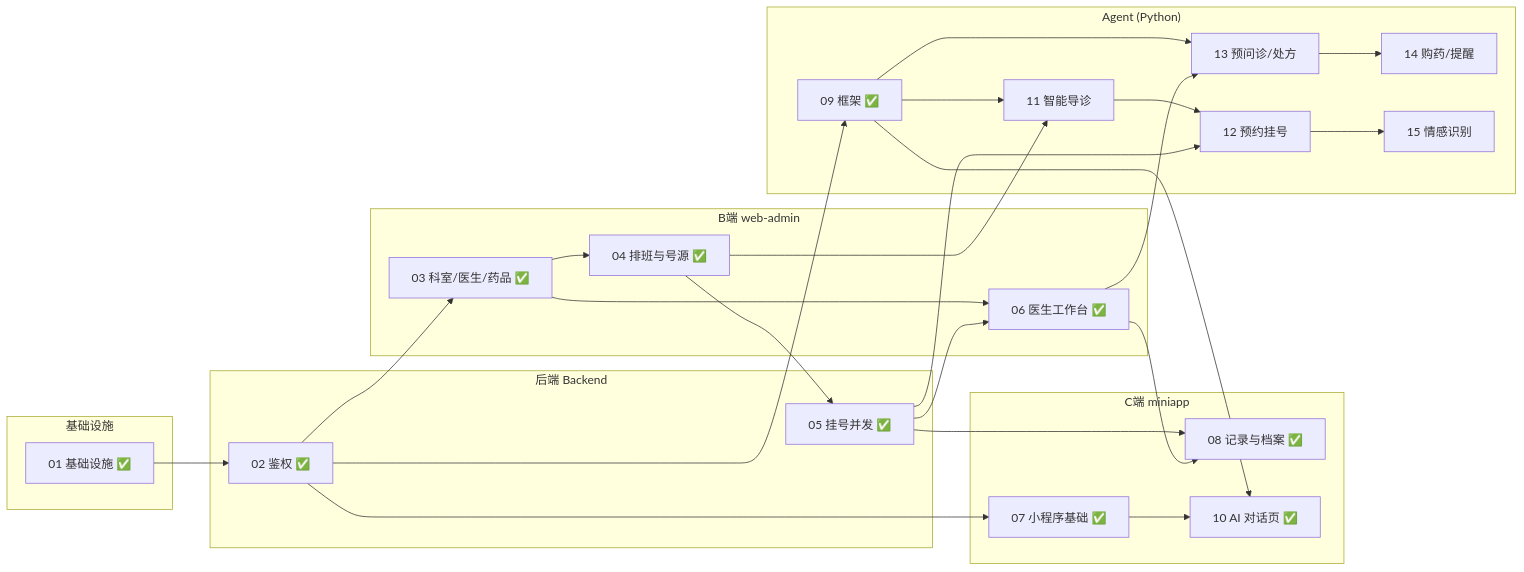
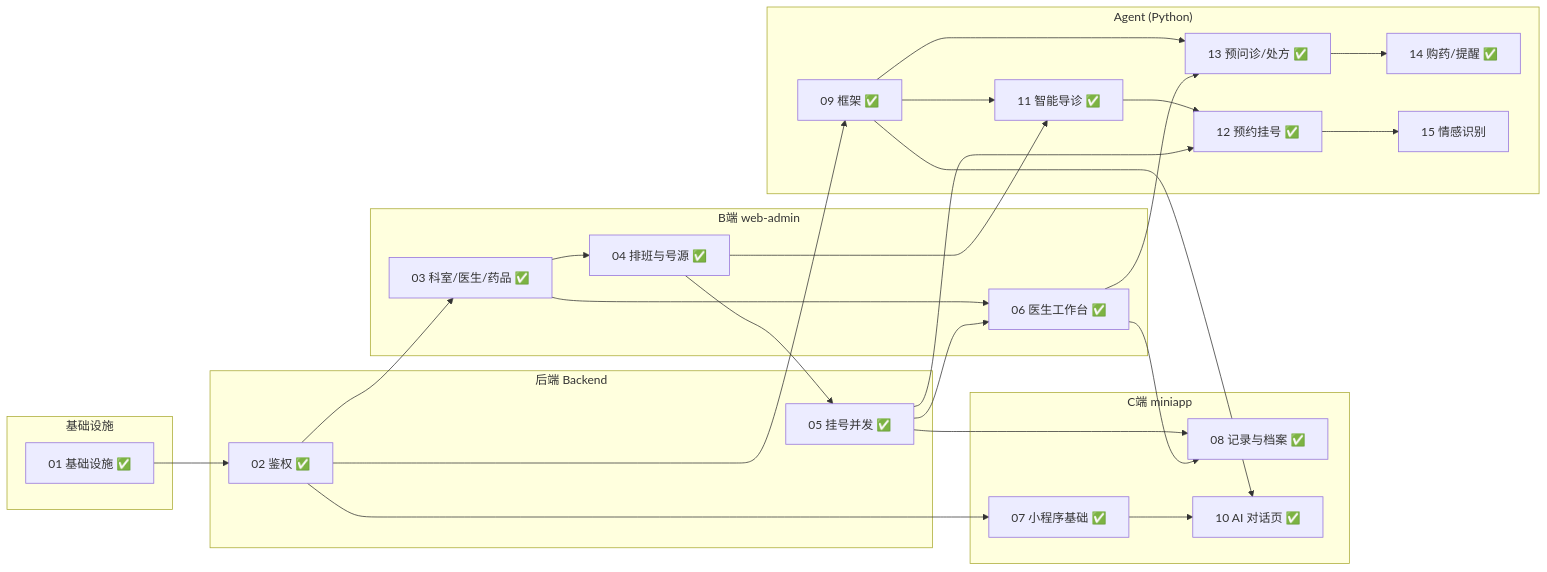
Before and after one commit to qingchen108/zhiyv: the second of 2 diagrams in docs/ticket-dependencies.md, drawn with Mermaid. The commit also changed other lines of this file, not shown here.

````diff
--- a/docs/ticket-dependencies.md
+++ b/docs/ticket-dependencies.md
@@ -75,49 +74,49 @@
 ```mermaid
 graph LR
     subgraph Infra["基础设施"]
         T01["01 基础设施 ✅"]
     end
     subgraph Backend["后端 Backend"]
         T02["02 鉴权 ✅"]
         T05["05 挂号并发 ✅"]
     end
     subgraph Admin["B端 web-admin"]
         T03["03 科室/医生/药品 ✅"]
         T04["04 排班与号源 ✅"]
         T06["06 医生工作台 ✅"]
     end
     subgraph Mini["C端 miniapp"]
         T07["07 小程序基础 ✅"]
         T08["08 记录与档案 ✅"]
         T10["10 AI 对话页 ✅"]
     end
     subgraph AgentS["Agent (Python)"]
         T09["09 框架 ✅"]
-        T11["11 智能导诊"]
-        T12["12 预约挂号"]
-        T13["13 预问诊/处方"]
-        T14["14 购药/提醒"]
+        T11["11 智能导诊 ✅"]
+        T12["12 预约挂号 ✅"]
+        T13["13 预问诊/处方 ✅"]
+        T14["14 购药/提醒 ✅"]
         T15["15 情感识别"]
     end
 
     T01 --> T02
     T02 --> T03
     T02 --> T07
     T02 --> T09
     T03 --> T04
     T04 --> T05
     T03 --> T06
     T05 --> T06
     T05 --> T08
     T06 --> T08
     T07 --> T10
     T09 --> T10
     T09 --> T11
     T04 --> T11
     T11 --> T12
     T05 --> T12
     T09 --> T13
     T06 --> T13
     T13 --> T14
     T12 --> T15
 ```
````
